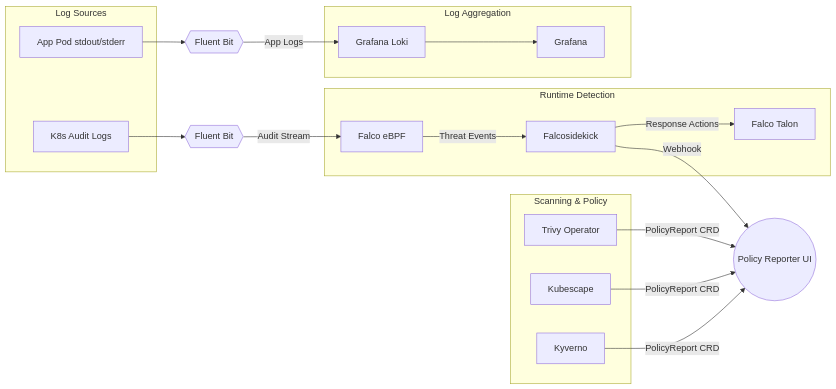
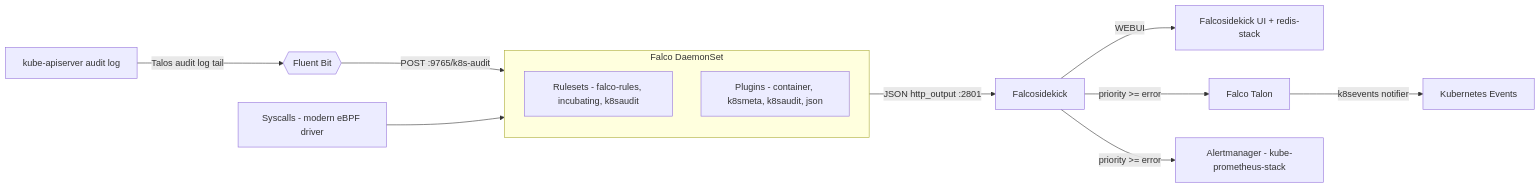
Before and after one commit to nulcell/homecloud: the second of 3 diagrams in README.md, drawn with Mermaid. The commit also changed other lines of this file and 14 other files, not shown here.

````diff
--- a/README.md
+++ b/README.md
@@ -212,47 +206,22 @@
 ```mermaid
 flowchart LR
-    %% Centralized Security Dashboard
-    PR((Policy Reporter UI))
+    Sys[Syscalls - modern eBPF driver]
+    Audit[kube-apiserver audit log]
+    FB{{Fluent Bit}}
 
-    %% Policy and Scanning Tools
-    subgraph Policy_Scanning ["Scanning & Policy"]
-        Trivy[Trivy Operator]
-        Kube[Kubescape]
-        Kyv[Kyverno]
+    Audit -->|Talos audit log tail| FB
+    FB -->|POST :9765/k8s-audit| Falco
+
+    subgraph Falco ["Falco DaemonSet"]
+        Rules[Rulesets - falco-rules, incubating, k8saudit]
+        Plugins[Plugins - container, k8smeta, k8saudit, json]
     end
 
-    Trivy -->|PolicyReport CRD| PR
-    Kube -->|PolicyReport CRD| PR
-    Kyv -->|PolicyReport CRD| PR
+    Sys --> Falco
+    Falco -->|JSON http_output :2801| Sidekick[Falcosidekick]
 
-    %% Runtime Security Tools
-    subgraph Runtime ["Runtime Detection"]
-        Falco[Falco eBPF] -->|Threat Events| Sidekick[Falcosidekick]
-        Sidekick -->|Response Actions| Talon[Falco Talon]
-    end
-
-    Sidekick -->|Webhook| PR
-
-    %% Log Sources
-    subgraph Log_Sources ["Log Sources"]
-        AuditLogs[K8s Audit Logs]
-        AppLogs[App Pod stdout/stderr]
-    end
-
-    FB{{Fluent Bit}}
-    FluentBit{{Fluent Bit}}
-
-    AuditLogs --> FB
-    AppLogs --> FluentBit
-
-    FB -->|Audit Stream| Falco
-
-    %% Log Aggregation
-    subgraph Log_Store ["Log Aggregation"]
-        Loki[Grafana Loki]
-        Grafana[Grafana]
-    end
-
-    FluentBit -->|App Logs| Loki
-    Loki --> Grafana
+    Sidekick -->|WEBUI| UI[Falcosidekick UI + redis-stack]
+    Sidekick -->|priority >= error| Talon[Falco Talon]
+    Sidekick -->|priority >= error| AM[Alertmanager - kube-prometheus-stack]
+    Talon -->|k8sevents notifier| Events[Kubernetes Events]
 ```
````
